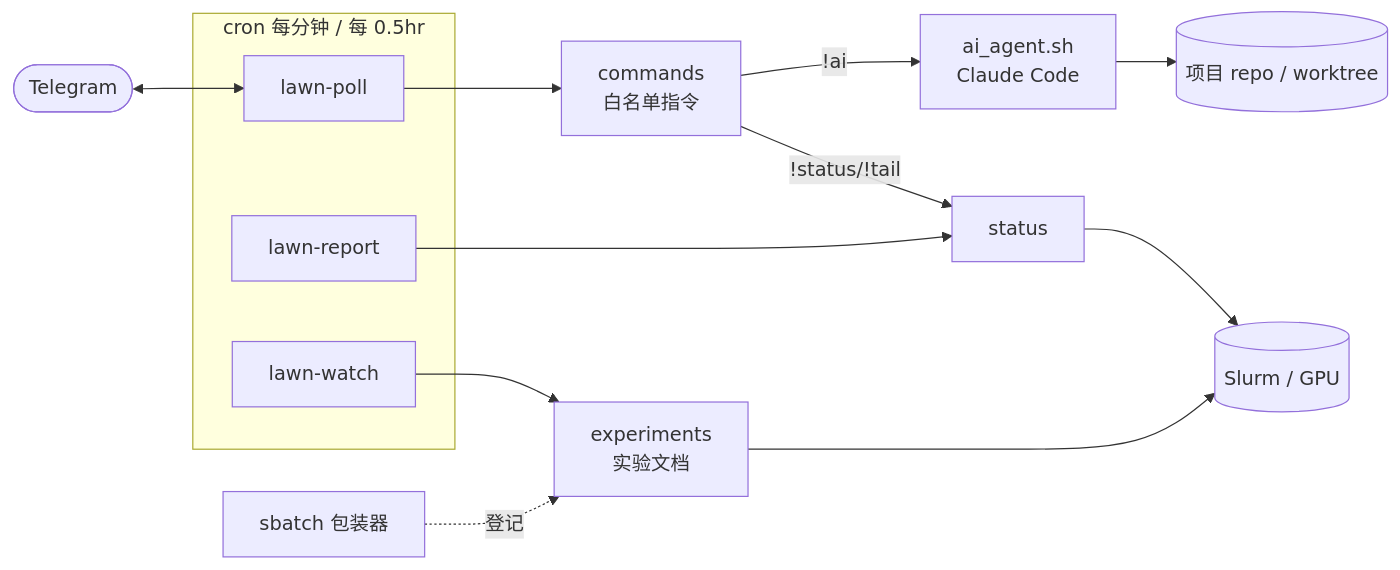
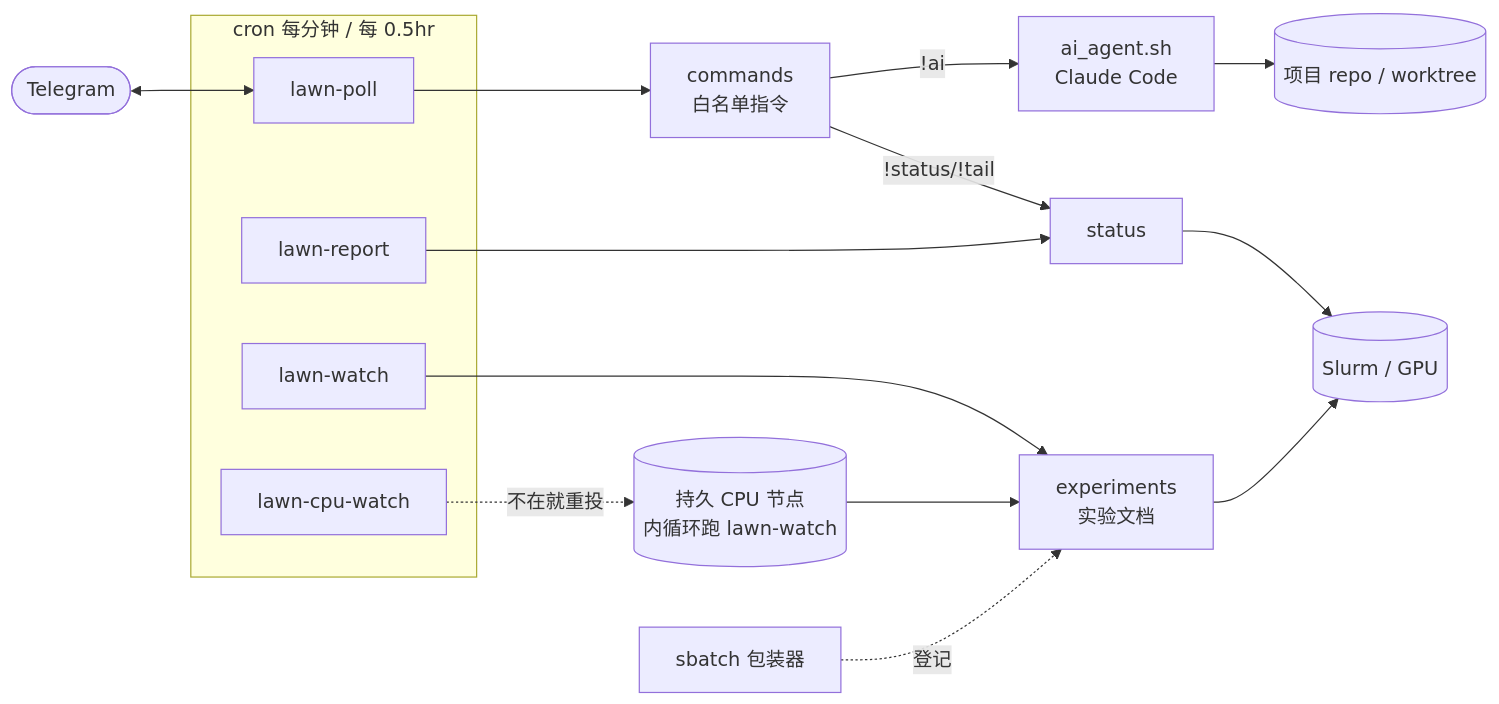
The diagram in README.md (scatyf3/lawn), drawn with Mermaid before and after one commit. The commit also changed other lines of this file and 3 other files, not shown here.

First line of the commit message:
watch: self-healing CPU-only Slurm node for experiment watching

````diff
--- a/README.md
+++ b/README.md
@@ -13,23 +14,26 @@
 ```mermaid
 flowchart LR
     TG([Telegram]) <--> Poll
 
     subgraph cron[cron 每分钟 / 每 0.5hr]
         Poll[lawn-poll]
         Report[lawn-report]
         Watch[lawn-watch]
+        CpuWatch[lawn-cpu-watch]
     end
 
     Poll --> CMD[commands<br/>白名单指令]
     CMD -->|!ai| AI[ai_agent.sh<br/>Claude Code]
     CMD -->|!status/!tail| ST[status]
 
     Report --> ST
     Watch --> EXP[experiments<br/>实验文档]
+    CpuWatch -.不在就重投.-> CPUNODE[(持久 CPU 节点<br/>内循环跑 lawn-watch)]
+    CPUNODE --> EXP
 
     ST --> SLURM[(Slurm / GPU)]
     EXP --> SLURM
     AI --> REPO[(项目 repo / worktree)]
 
     SB[sbatch 包装器] -.登记.-> EXP
 ```
````
